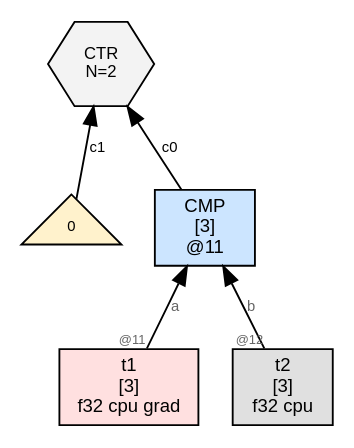
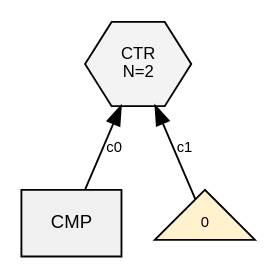
One commit to sw1sh/TinyHVM changed the diagram in wl/examples/thvm_graphs/grad_rules/cmp/thvm_2_post_sweep.dot. Above: the diagram before and after it, drawn with Graphviz. The commit also changed 309 other files, not shown here.

First line of the commit message:
grad: GRAD_MODE_PAIR emits CTR{forward, backward}; step trace skips FUSE

```diff
--- a/wl/examples/thvm_graphs/grad_rules/cmp/thvm_2_post_sweep.dot
+++ b/wl/examples/thvm_graphs/grad_rules/cmp/thvm_2_post_sweep.dot
@@ -1,15 +1,11 @@
 digraph G {
   rankdir=BT;
   node [fontname="Helvetica", fontsize=10, style=filled, shape=box, margin="0.1,0.05"];
   edge [fontsize=8, fontname="Helvetica"];
 
-  n11 [label="CMP\n[3]\n@11", shape=box, fillcolor="#cce5ff"];
-  t1 [label="t1\n[3]\nf32 cpu grad",shape=box,fillcolor="#ffe0e0"];
-  t1 -> n11 [label="a",taillabel="@11",labelfontsize=7,fontcolor="#666666"];
-  t2 [label="t2\n[3]\nf32 cpu",shape=box,fillcolor="#e0e0e0"];
-  t2 -> n11 [label="b",taillabel="@12",labelfontsize=7,fontcolor="#666666"];
-  ctr8 [label="CTR\nN=2", shape=hexagon, fillcolor="#f3f3f3", fontsize=9];
-  n11 -> ctr8 [label="c0"];
-  num_ctr8_9 [label="0",shape=triangle,fillcolor="#fff2cc",fontsize=8];
-  num_ctr8_9 -> ctr8 [label="c1"];
+  ctr21 [label="CTR\nN=2", shape=hexagon, fillcolor="#f3f3f3", fontsize=9];
+  n16 [label="CMP", shape=box, fillcolor="#f0f0f0"];
+  n16 -> ctr21 [label="c0"];
+  num_ctr21_22 [label="0",shape=triangle,fillcolor="#fff2cc",fontsize=8];
+  num_ctr21_22 -> ctr21 [label="c1"];
 }
```
